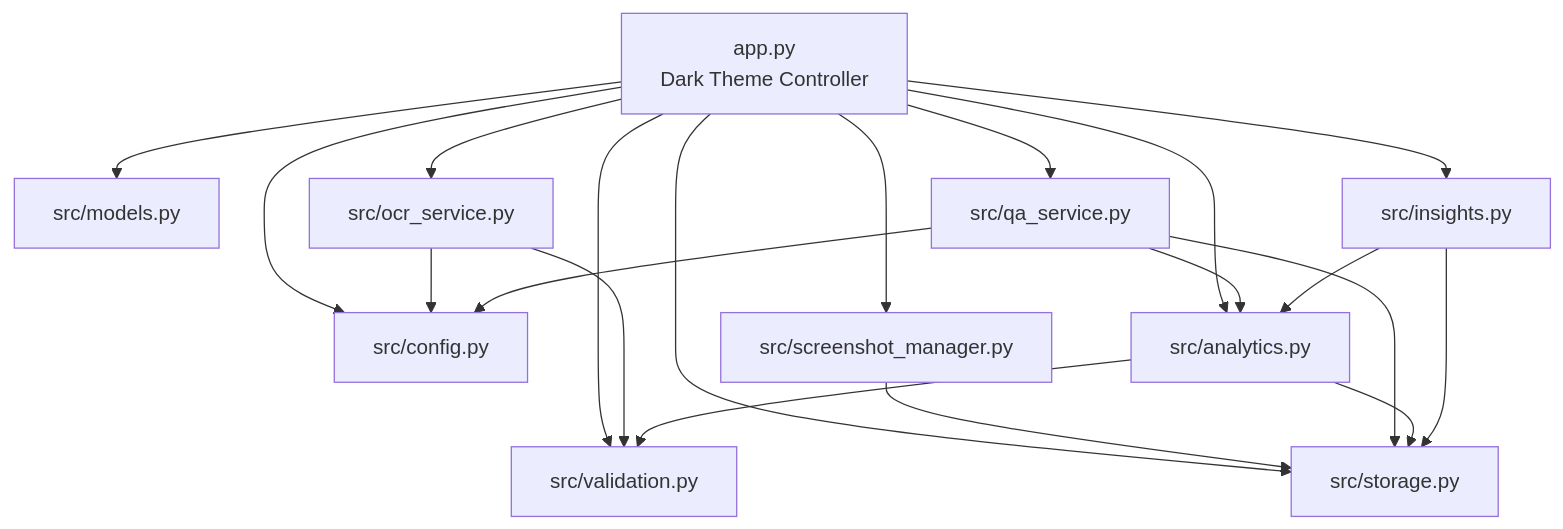
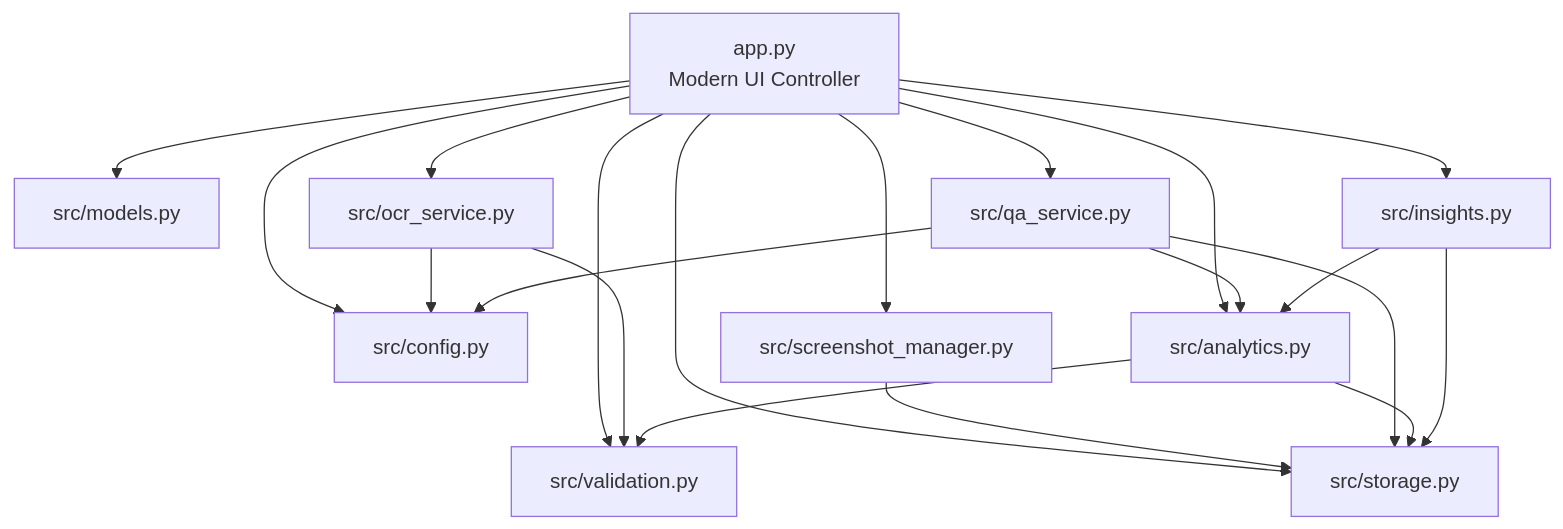
Diagram 14 of 14 in .qoder/repowiki/en/content/Core Components/Application Controller.md (Johnny22056/SwimingStatus), drawn with Mermaid before and after one commit. The commit also changed other lines of this file and 5 other files, not shown here.

First line of the commit message:
feat: add Dark/Light theme toggle with centralized palette

````diff
--- a/.qoder/repowiki/en/content/Core Components/Application Controller.md
+++ b/.qoder/repowiki/en/content/Core Components/Application Controller.md
@@ -425,22 +491,22 @@
 ```mermaid
 graph TB
-APP["app.py<br/>Dark Theme Controller"] --> CFG["src/config.py"]
+APP["app.py<br/>Modern UI Controller"] --> CFG["src/config.py"]
 APP --> MOD["src/models.py"]
 APP --> ST["src/storage.py"]
 APP --> SM["src/screenshot_manager.py"]
 APP --> OCR["src/ocr_service.py"]
 APP --> VAL["src/validation.py"]
 APP --> ANA["src/analytics.py"]
 APP --> INS["src/insights.py"]
 APP --> QA["src/qa_service.py"]
 SM --> ST
 OCR --> VAL
 OCR --> CFG
 QA --> CFG
 QA --> ST
 QA --> ANA
 ANA --> ST
 ANA --> VAL
 INS --> ST
 INS --> ANA
 ```
````
